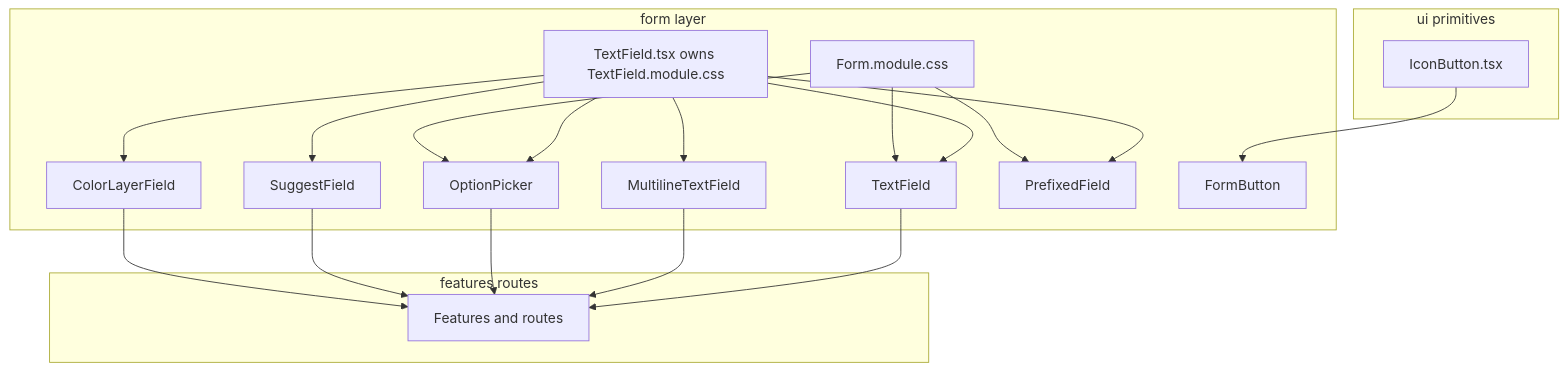
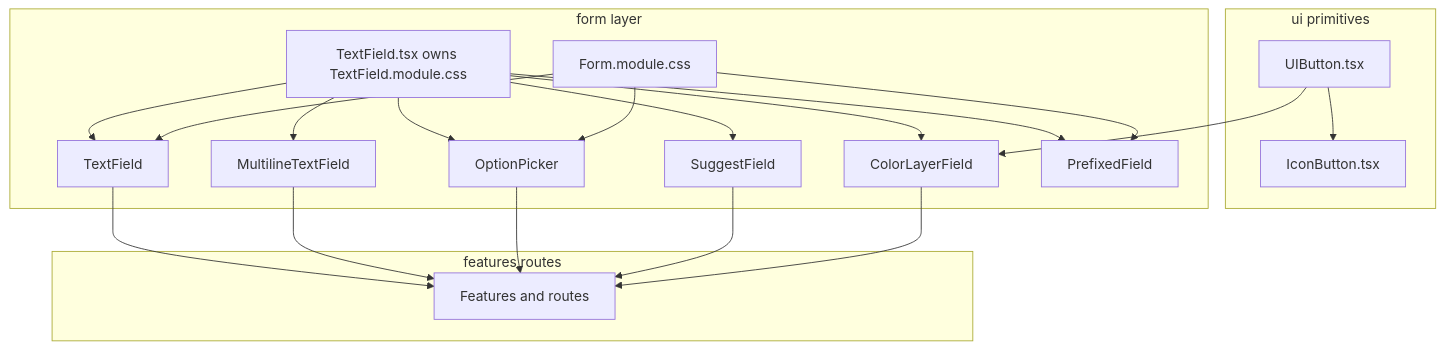
Before and after one commit to ndelangen/tanstack-start: the diagram in docs/technical/ui-component-hierarchy.md, drawn with Mermaid. The commit also changed other lines of this file and 33 other files, not shown here.

````diff
--- a/docs/technical/ui-component-hierarchy.md
+++ b/docs/technical/ui-component-hierarchy.md
@@ -67,35 +67,36 @@
 ```mermaid
 flowchart TB
   subgraph ui [ui primitives]
+    UIButtonTSX[UIButton.tsx]
     IconButtonTSX[IconButton.tsx]
   end
   subgraph form [form layer]
     TextFieldBase[TextField.tsx owns TextField.module.css]
     TextField[TextField]
     Multiline[MultilineTextField]
     OptionPicker[OptionPicker]
     SuggestField[SuggestField]
     ColorLayerField[ColorLayerField]
     PrefixedField[PrefixedField]
-    FormBtn[FormButton]
     FormModuleCSS[Form.module.css]
   end
   subgraph features [features routes]
     Routes[Features and routes]
   end
+  UIButtonTSX --> IconButtonTSX
   TextFieldBase --> TextField
   TextFieldBase --> Multiline
   TextFieldBase --> OptionPicker
   TextFieldBase --> SuggestField
   TextFieldBase --> ColorLayerField
   TextFieldBase --> PrefixedField
   FormModuleCSS --> TextField
   FormModuleCSS --> OptionPicker
   FormModuleCSS --> PrefixedField
-  IconButtonTSX --> FormBtn
+  UIButtonTSX --> ColorLayerField
   TextField --> Routes
   Multiline --> Routes
   OptionPicker --> Routes
   SuggestField --> Routes
   ColorLayerField --> Routes
 ```
````
